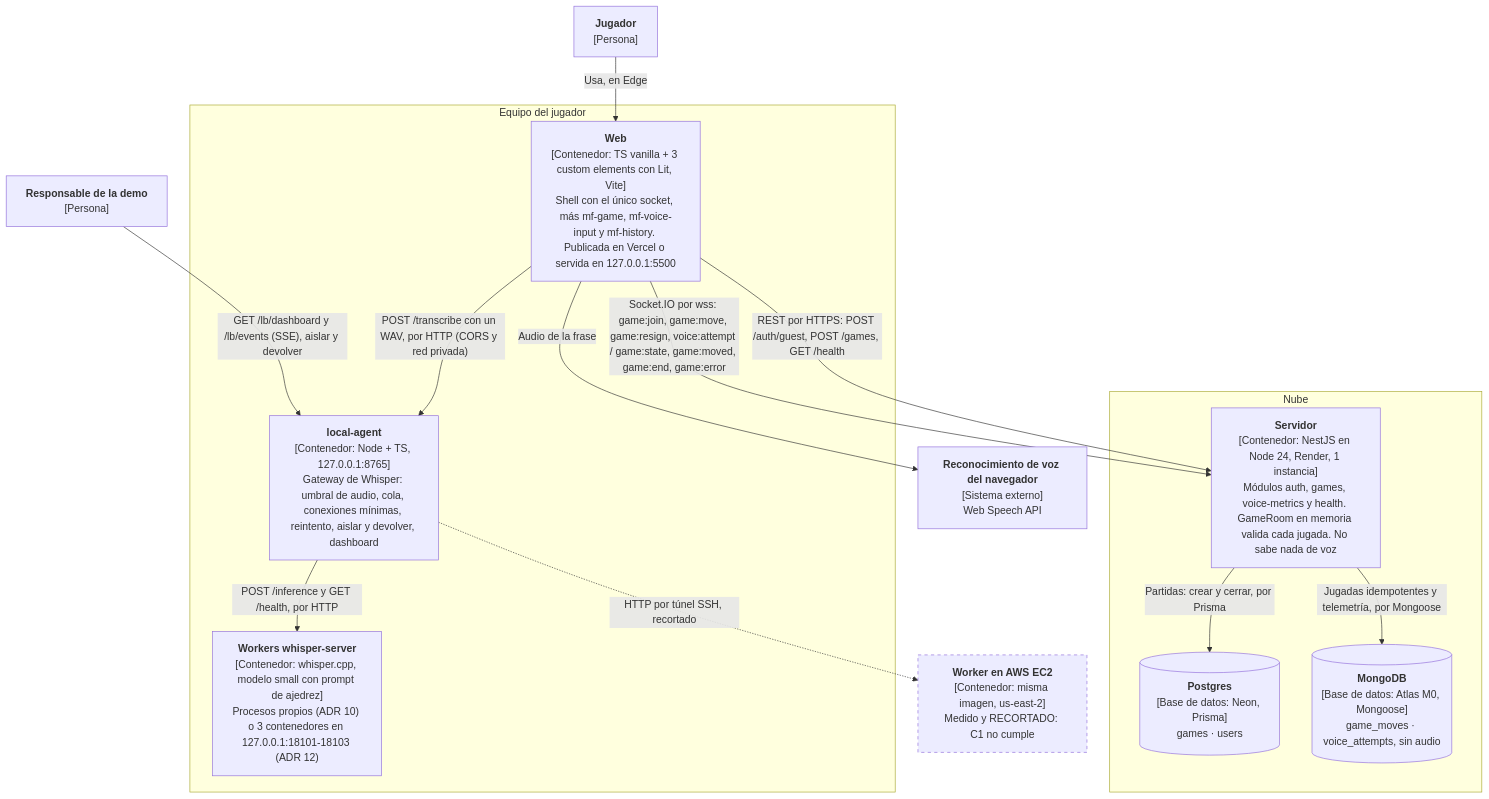
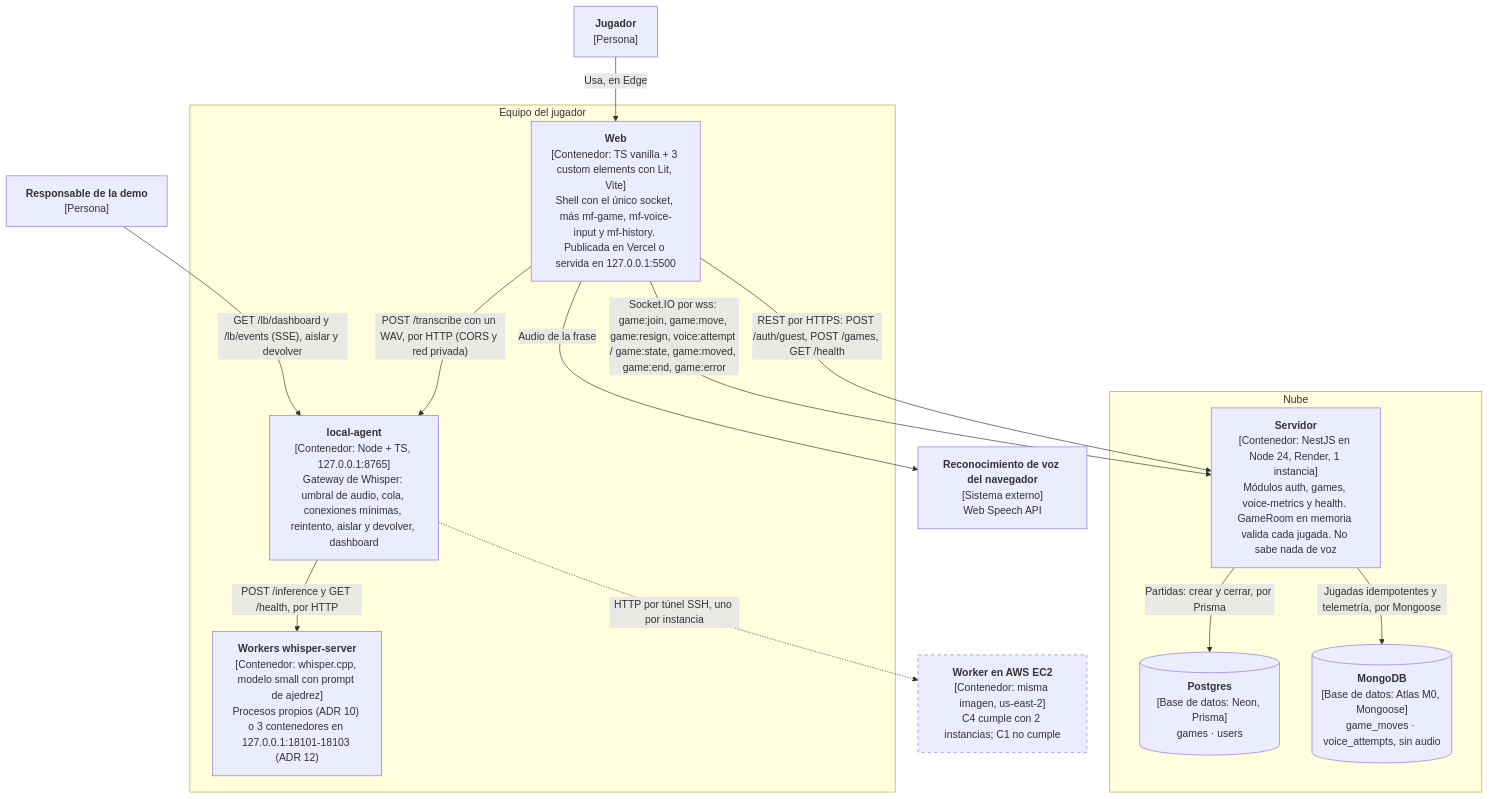
The second of 2 diagrams in docs/c4.md (TWC-FINE/ChesssPeak), drawn with Mermaid before and after one commit. The commit also changed other lines of this file and 11 other files, not shown here.

````diff
--- a/docs/c4.md
+++ b/docs/c4.md
@@ -37,34 +37,34 @@
 ```mermaid
 flowchart TB
     jugador["<b>Jugador</b><br/>[Persona]"]
     operador["<b>Responsable de la demo</b><br/>[Persona]"]
     webspeech["<b>Reconocimiento de voz del navegador</b><br/>[Sistema externo]<br/>Web Speech API"]
 
     subgraph nube["Nube"]
         api["<b>Servidor</b><br/>[Contenedor: NestJS en Node 24, Render, 1 instancia]<br/>Módulos auth, games, voice-metrics y health. GameRoom en memoria valida cada jugada. No sabe nada de voz"]
         pg[("<b>Postgres</b><br/>[Base de datos: Neon, Prisma]<br/>games · users")]
         mongo[("<b>MongoDB</b><br/>[Base de datos: Atlas M0, Mongoose]<br/>game_moves · voice_attempts, sin audio")]
     end
 
     subgraph equipo["Equipo del jugador"]
         web["<b>Web</b><br/>[Contenedor: TS vanilla + 3 custom elements con Lit, Vite]<br/>Shell con el único socket, más mf-game, mf-voice-input y mf-history. Publicada en Vercel o servida en 127.0.0.1:5500"]
         agent["<b>local-agent</b><br/>[Contenedor: Node + TS, 127.0.0.1:8765]<br/>Gateway de Whisper: umbral de audio, cola, conexiones mínimas, reintento, aislar y devolver, dashboard"]
         workers["<b>Workers whisper-server</b><br/>[Contenedor: whisper.cpp, modelo small con prompt de ajedrez]<br/>Procesos propios (ADR 10) o 3 contenedores en 127.0.0.1:18101-18103 (ADR 12)"]
     end
 
-    ec2["<b>Worker en AWS EC2</b><br/>[Contenedor: misma imagen, us-east-2]<br/>Medido y RECORTADO: C1 no cumple"]
+    ec2["<b>Worker en AWS EC2</b><br/>[Contenedor: misma imagen, us-east-2]<br/>C4 cumple con 2 instancias; C1 no cumple"]
 
     jugador -- "Usa, en Edge" --> web
     web -- "REST por HTTPS: POST /auth/guest, POST /games, GET /health" --> api
     web -- "Socket.IO por wss: game:join, game:move, game:resign, voice:attempt / game:state, game:moved, game:end, game:error" --> api
     web -- "Audio de la frase" --> webspeech
     web -- "POST /transcribe con un WAV, por HTTP (CORS y red privada)" --> agent
     agent -- "POST /inference y GET /health, por HTTP" --> workers
-    agent -. "HTTP por túnel SSH, recortado" .-> ec2
+    agent -. "HTTP por túnel SSH, uno por instancia" .-> ec2
     operador -- "GET /lb/dashboard y /lb/events (SSE), aislar y devolver" --> agent
     api -- "Partidas: crear y cerrar, por Prisma" --> pg
     api -- "Jugadas idempotentes y telemetría, por Mongoose" --> mongo
 
     classDef pendiente stroke-dasharray: 5 5
     class ec2 pendiente
 ```
````
